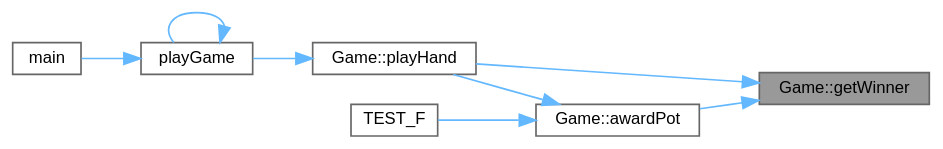
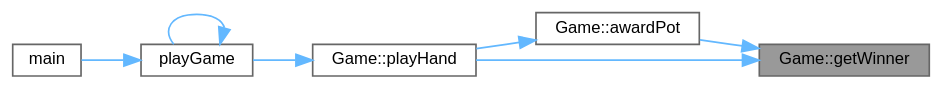
The diagram in class_game_aab46e042704ec19c1f0a52280ef06bef_icgraph.dot (jesstyrrell/cosc345), drawn with Graphviz before and after one commit. The commit also changed 266 other files, not shown here.

```diff
--- a/class_game_aab46e042704ec19c1f0a52280ef06bef_icgraph.dot
+++ b/class_game_aab46e042704ec19c1f0a52280ef06bef_icgraph.dot
@@ -1,22 +1,20 @@
 digraph "Game::getWinner"
 {
  // INTERACTIVE_SVG=YES
  // LATEX_PDF_SIZE
   bgcolor="transparent";
   edge [fontname=Helvetica,fontsize=10,labelfontname=Helvetica,labelfontsize=10];
   node [fontname=Helvetica,fontsize=10,shape=box,height=0.2,width=0.4];
   rankdir="RL";
   Node1 [id="Node000001",label="Game::getWinner",height=0.2,width=0.4,color="gray40", fillcolor="grey60", style="filled", fontcolor="black",tooltip="Determines the winner(s) of the current hand."];
   Node1 -> Node2 [id="edge1_Node000001_Node000002",dir="back",color="steelblue1",style="solid",tooltip=" "];
   Node2 [id="Node000002",label="Game::awardPot",height=0.2,width=0.4,color="grey40", fillcolor="white", style="filled",URL="$class_game.html#ac0b29143b66a8cecb267b54ac84deb06",tooltip="Awards the pot to the winning players."];
   Node2 -> Node3 [id="edge2_Node000002_Node000003",dir="back",color="steelblue1",style="solid",tooltip=" "];
-  Node3 [id="Node000003",label="Game::playHand",height=0.2,width=0.4,color="grey40", fillcolor="white", style="filled",URL="$class_game.html#ab72401c43b303a37dec67f3d6b75a927",tooltip="Plays a single hand of poker."];
+  Node3 [id="Node000003",label="Game::playHand",height=0.2,width=0.4,color="grey40", fillcolor="white", style="filled",URL="$class_game.html#a800a564b56220d19d800fba07903070e",tooltip="Plays a single hand of poker."];
   Node3 -> Node4 [id="edge3_Node000003_Node000004",dir="back",color="steelblue1",style="solid",tooltip=" "];
   Node4 [id="Node000004",label="playGame",height=0.2,width=0.4,color="grey40", fillcolor="white", style="filled",URL="$main_8cpp.html#a4cbfdb17bf51e00546880626f7e80429",tooltip=" "];
   Node4 -> Node5 [id="edge4_Node000004_Node000005",dir="back",color="steelblue1",style="solid",tooltip=" "];
   Node5 [id="Node000005",label="main",height=0.2,width=0.4,color="grey40", fillcolor="white", style="filled",URL="$main_8cpp.html#a0ddf1224851353fc92bfbff6f499fa97",tooltip=" "];
   Node4 -> Node4 [id="edge5_Node000004_Node000004",dir="back",color="steelblue1",style="solid",tooltip=" "];
-  Node2 -> Node6 [id="edge6_Node000002_Node000006",dir="back",color="steelblue1",style="solid",tooltip=" "];
-  Node6 [id="Node000006",label="TEST_F",height=0.2,width=0.4,color="grey40", fillcolor="white", style="filled",URL="$test___game_8cc.html#adf97e005acdc02b38d612eabddf53792",tooltip=" "];
-  Node1 -> Node3 [id="edge7_Node000001_Node000003",dir="back",color="steelblue1",style="solid",tooltip=" "];
+  Node1 -> Node3 [id="edge6_Node000001_Node000003",dir="back",color="steelblue1",style="solid",tooltip=" "];
 }
```
